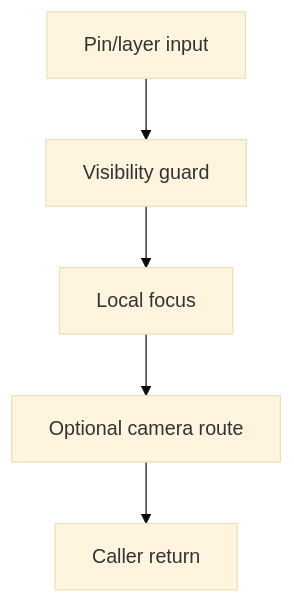
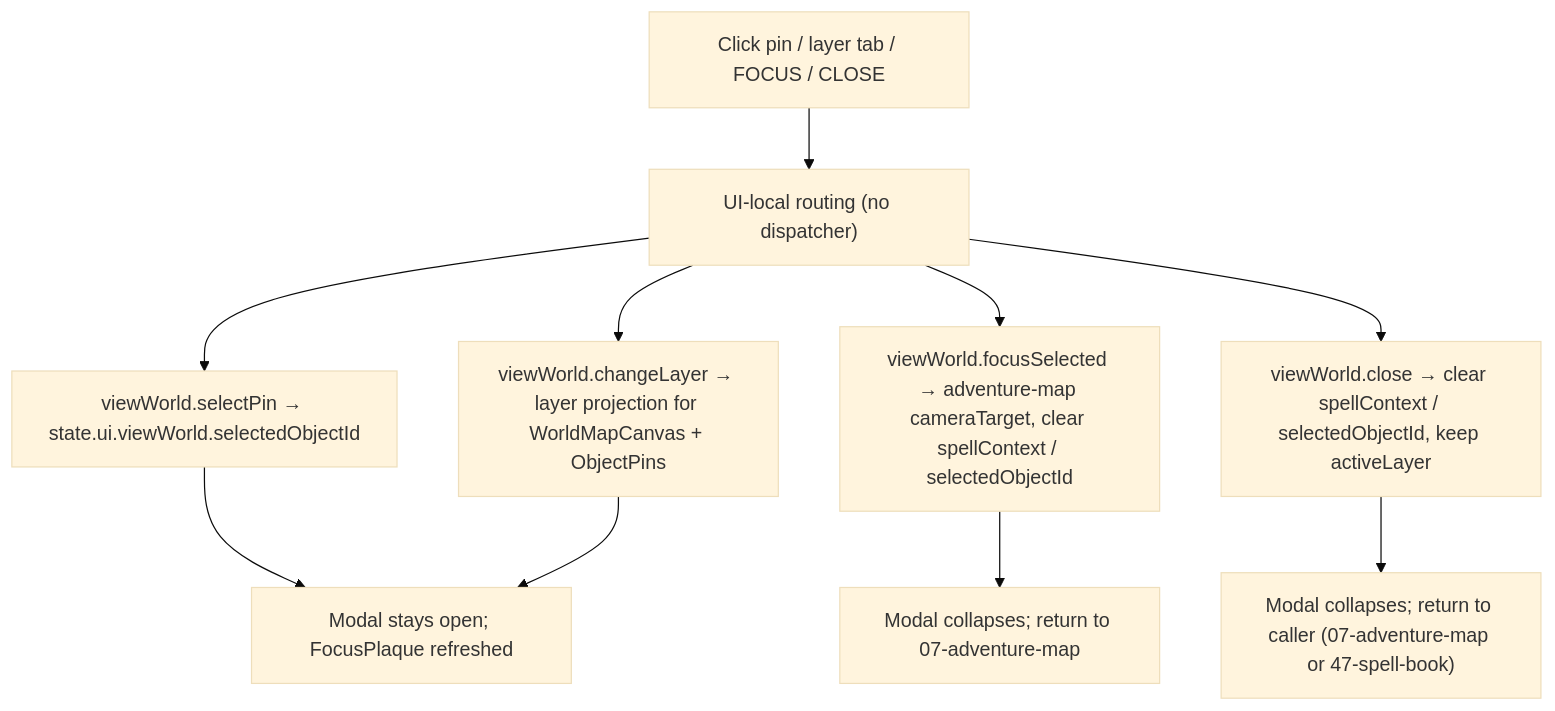
Before and after one commit to SunaNoOshiro/Heroes_Reforged_AI_Realms: the third of 5 diagrams in docs/architecture/wiki/screens/16-view-world/architecture.md, drawn with Mermaid (base theme). The commit also changed other lines of this file and 518 other files, not shown here.

First line of the commit message:
Add doc-audit skill and sweep architecture/screen docs

````diff
--- a/docs/architecture/wiki/screens/16-view-world/architecture.md
+++ b/docs/architecture/wiki/screens/16-view-world/architecture.md
@@ -42,8 +56,12 @@
 ```mermaid
 flowchart TD
-  I0["Pin/layer input"] --> I1
-  I1["Visibility guard"] --> I2
-  I2["Local focus"] --> I3
-  I3["Optional camera route"] --> I4
-  I4["Caller return"]
+  I0["Click pin / layer tab / FOCUS / CLOSE"] --> I1
+  I1["UI-local routing (no dispatcher)"] --> I2["viewWorld.selectPin → state.ui.viewWorld.selectedObjectId"]
+  I1 --> I3["viewWorld.changeLayer → layer projection for WorldMapCanvas + ObjectPins"]
+  I1 --> I4["viewWorld.focusSelected → adventure-map cameraTarget, clear spellContext / selectedObjectId"]
+  I1 --> I5["viewWorld.close → clear spellContext / selectedObjectId, keep activeLayer"]
+  I2 --> I6["Modal stays open; FocusPlaque refreshed"]
+  I3 --> I6
+  I4 --> I7["Modal collapses; return to 07-adventure-map"]
+  I5 --> I8["Modal collapses; return to caller (07-adventure-map or 47-spell-book)"]
 ```
````
